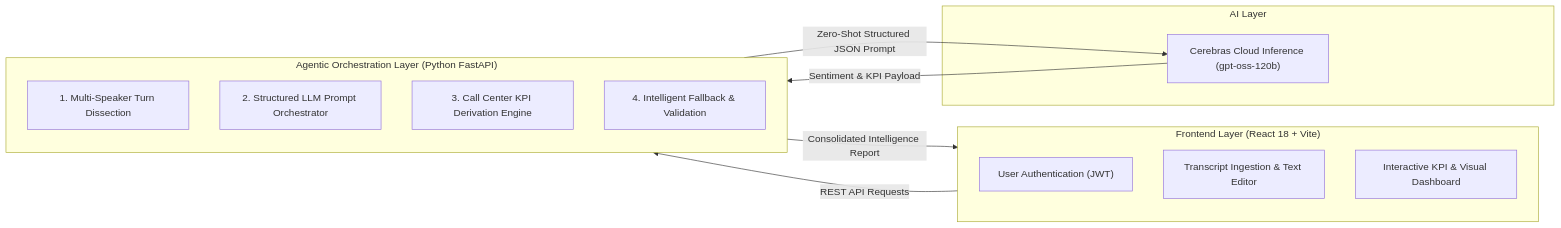
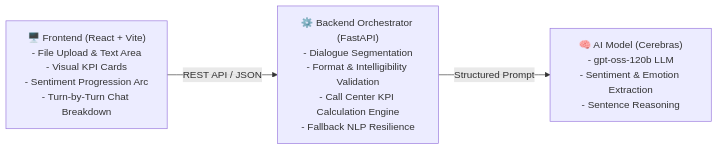
The diagram in README.md (manishankar2505/sentimentanalyzer), drawn with Mermaid before and after one commit. The commit also changed other lines of this file, not shown here.

Commit message:
docs: Simplify architecture diagram and clarify what was done and what was used in README

````diff
--- a/README.md
+++ b/README.md
@@ -17,24 +16,6 @@
 ```mermaid
 flowchart LR
-    subgraph Frontend["Frontend Layer (React 18 + Vite)"]
-        UI_Auth["User Authentication (JWT)"]
-        UI_Upload["Transcript Ingestion & Text Editor"]
-        UI_Dash["Interactive KPI & Visual Dashboard"]
-    end
-
-    subgraph Orchestrator["Agentic Orchestration Layer (Python FastAPI)"]
-        Agent_Parser["1. Multi-Speaker Turn Dissection"]
-        Agent_Prompt["2. Structured LLM Prompt Orchestrator"]
-        Agent_KPI["3. Call Center KPI Derivation Engine"]
-        Agent_Resilience["4. Intelligent Fallback & Validation"]
-    end
-
-    subgraph AI["AI Layer"]
-        Cerebras["Cerebras Cloud Inference (gpt-oss-120b)"]
-    end
-
-    Frontend -->|REST API Requests| Orchestrator
-    Orchestrator -->|Zero-Shot Structured JSON Prompt| Cerebras
-    Cerebras -->|Sentiment & KPI Payload| Orchestrator
-    Orchestrator -->|Consolidated Intelligence Report| Frontend
+    A["🖥️ Frontend (React + Vite)\n- File Upload & Text Area\n- Visual KPI Cards\n- Sentiment Progression Arc\n- Turn-by-Turn Chat Breakdown"] 
+    -->|REST API / JSON| B["⚙️ Backend Orchestrator (FastAPI)\n- Dialogue Segmentation\n- Format & Intelligibility Validation\n- Call Center KPI Calculation Engine\n- Fallback NLP Resilience"]
+    -->|Structured Prompt| C["🧠 AI Model (Cerebras)\n- gpt-oss-120b LLM\n- Sentiment & Emotion Extraction\n- Sentence Reasoning"]
 ```
````
